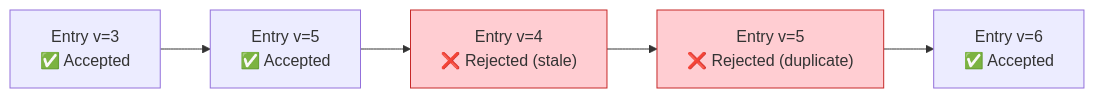
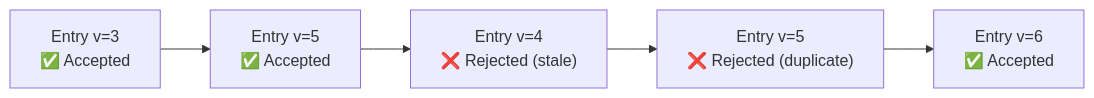
Before and after one commit to cyfko/veridot: the first of 4 diagrams in docs/docs/architecture/distributed-consistency.md, drawn with Mermaid. The commit also changed 25 other files, not shown here.

First line of the commit message:
style: remove colorful fill styles from Mermaid diagrams

````diff
--- a/docs/docs/architecture/distributed-consistency.md
+++ b/docs/docs/architecture/distributed-consistency.md
@@ -16,13 +16,11 @@
 ```mermaid
 graph LR
     E1["Entry v=3<br/>✅ Accepted"]
     E2["Entry v=5<br/>✅ Accepted"]
     E3["Entry v=4<br/>❌ Rejected (stale)"]
     E4["Entry v=5<br/>❌ Rejected (duplicate)"]
     E5["Entry v=6<br/>✅ Accepted"]
 
     E1 --> E2 --> E3 --> E4 --> E5
 
-    style E3 fill:#ffcdd2,stroke:#c62828
-    style E4 fill:#ffcdd2,stroke:#c62828
 ```
````
